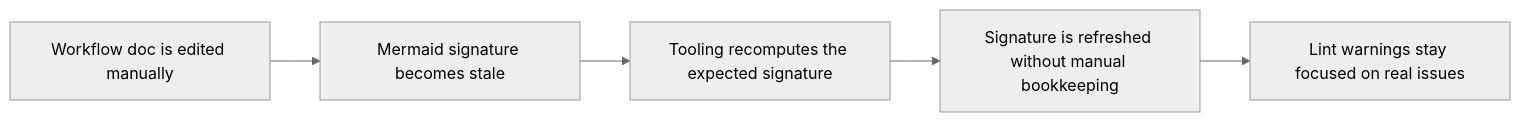
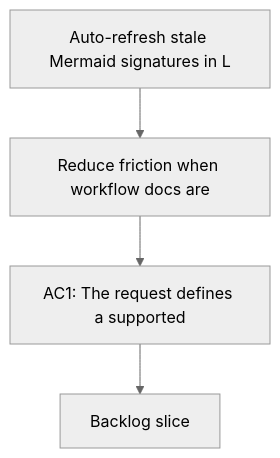
The diagram in logics/request/req_068_auto_refresh_stale_mermaid_signatures_in_logics_workflow_docs.md (AlexAgo83/logics-manager), drawn with Mermaid (neutral theme) before and after one commit. The commit also changed other lines of this file and 481 other files, not shown here.

````diff
--- a/logics/request/req_068_auto_refresh_stale_mermaid_signatures_in_logics_workflow_docs.md
+++ b/logics/request/req_068_auto_refresh_stale_mermaid_signatures_in_logics_workflow_docs.md
@@ -40,9 +40,8 @@
 ```mermaid
 %% logics-kind: request
 %% logics-signature: request|auto-refresh-stale-mermaid-signatures-in|reduce-friction-when-workflow-docs-are|ac1-the-request-defines-a-supported
-flowchart LR
-    Edit[Workflow doc is edited manually] --> Drift[Mermaid signature becomes stale]
-    Drift --> Tooling[Tooling recomputes the expected signature]
-    Tooling --> Refresh[Signature is refreshed without manual bookkeeping]
-    Refresh --> Outcome[Lint warnings stay focused on real issues]
+flowchart TD
+    Trigger[Auto-refresh stale Mermaid signatures in L] --> Need[Reduce friction when workflow docs are]
+    Need --> Outcome[AC1: The request defines a supported]
+    Outcome --> Backlog[Backlog slice]
 ```
````
